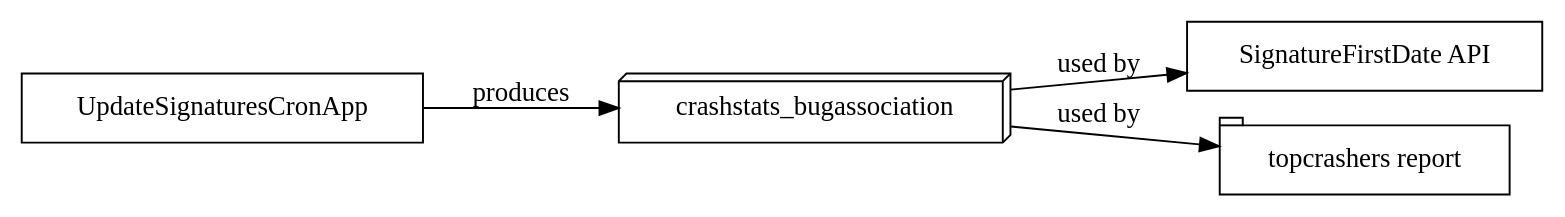
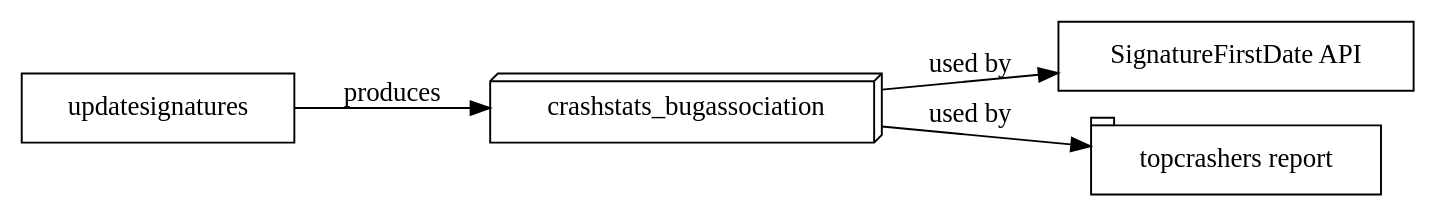
One commit to mozilla-services/socorro changed the diagram in docs/flows/signature.rst. Above: the diagram before and after it, drawn with Graphviz.

Commit message:
bug 1547411: replace UpdateSignaturesCronApp with "updatesignatures"

```diff
--- a/docs/flows/signature.rst
+++ b/docs/flows/signature.rst
@@ -12,18 +12,18 @@
 .. graphviz::
 
    digraph G {
      rankdir=LR;
      splines=lines;
 
      subgraph webapp {
        signaturefirstdateapi [shape=rect, label="SignatureFirstDate API"];
        topcrashersreport [shape=tab, label="topcrashers report"];
      }
 
-     updatesignatures [shape=rect, label="UpdateSignaturesCronApp"];
+     updatesignatures [shape=rect, label="updatesignatures"];
      model [shape=box3d, label="crashstats_bugassociation"];
 
      updatesignatures -> model [label="produces"];
      model -> signaturefirstdateapi [label="used by"];
      model -> topcrashersreport [label="used by"];
    }
```
